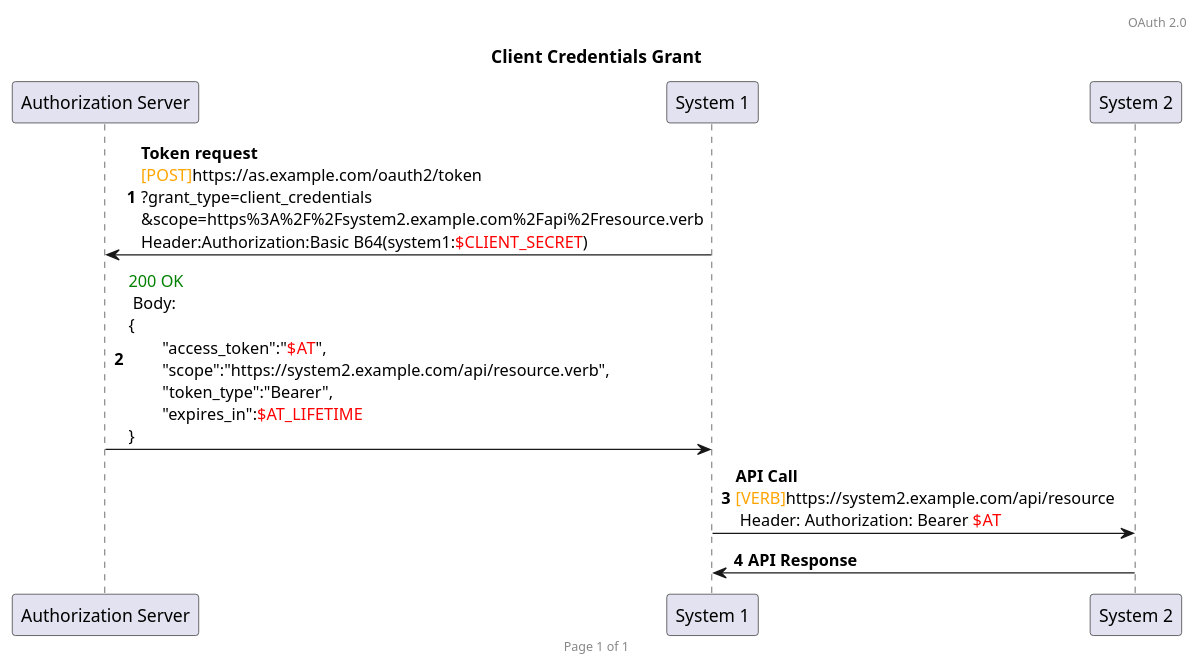
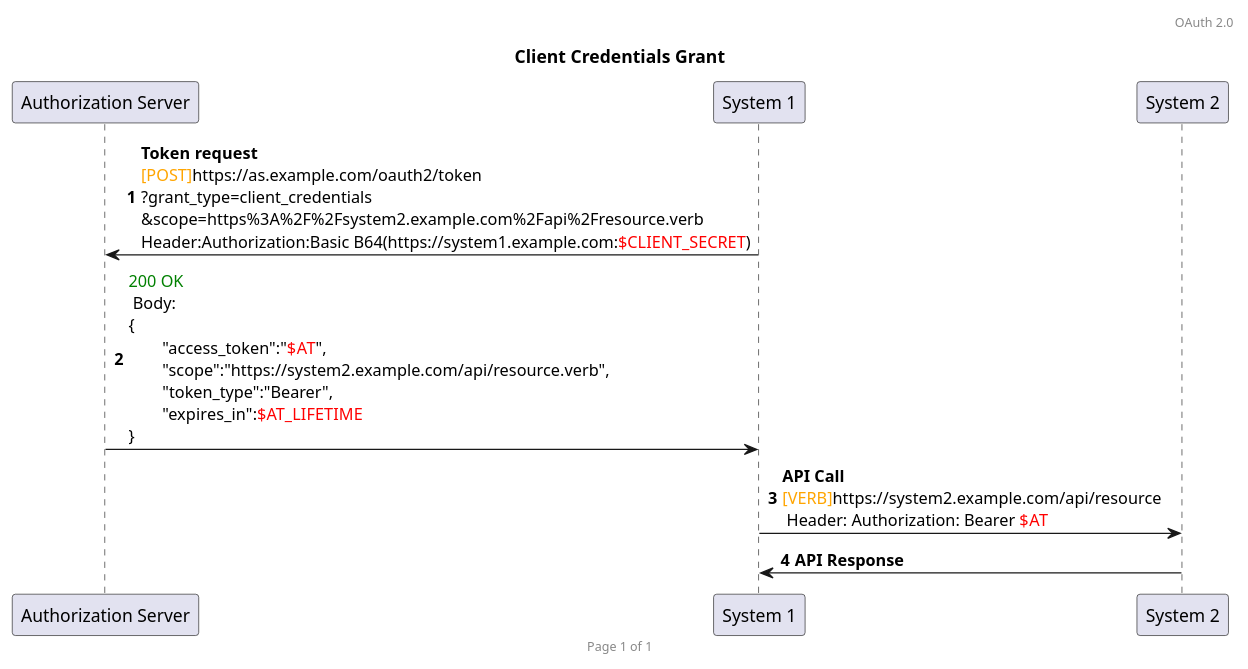
Before and after one commit to HenriLefevrePro/Articles: the diagram in plantuml/oauth2/client_credentials.plantuml, drawn with PlantUML.

```diff
--- a/plantuml/oauth2/client_credentials.plantuml
+++ b/plantuml/oauth2/client_credentials.plantuml
@@ -1,18 +1,18 @@
 @startuml
 
 header OAuth 2.0
 footer Page %page% of %lastpage%
 
 title Client Credentials Grant
 autonumber
 
 participant Auth as "Authorization Server"
 participant 1 as "System 1"
 participant 2 as "System 2"
 
-1 -> Auth : **Token request**\n<font color=orange>[POST]</font>https://as.example.com/oauth2/token\n?grant_type=client_credentials\n&scope=https%3A%2F%2Fsystem2.example.com%2Fapi%2Fresource.verb\nHeader:Authorization:Basic B64(system1:<font color=red>$CLIENT_SECRET</font>)
+1 -> Auth : **Token request**\n<font color=orange>[POST]</font>https://as.example.com/oauth2/token\n?grant_type=client_credentials\n&scope=https%3A%2F%2Fsystem2.example.com%2Fapi%2Fresource.verb\nHeader:Authorization:Basic B64(https://system1.example.com:<font color=red>$CLIENT_SECRET</font>)
 Auth -> 1 : <font color=green>200 OK</font> \n Body: \n{\n\t"access_token":"<font color=red>$AT</font>",\n\t"scope":"https://system2.example.com/api/resource.verb",\n\t"token_type":"Bearer",\n\t"expires_in":<font color=red>$AT_LIFETIME</font>\n}
 
 1 -> 2 : **API Call** \n<font color=orange>[VERB]</font>https://system2.example.com/api/resource\n Header: Authorization: Bearer <font color=red>$AT</font>
 2 -> 1 : **API Response**
 @enduml
```
